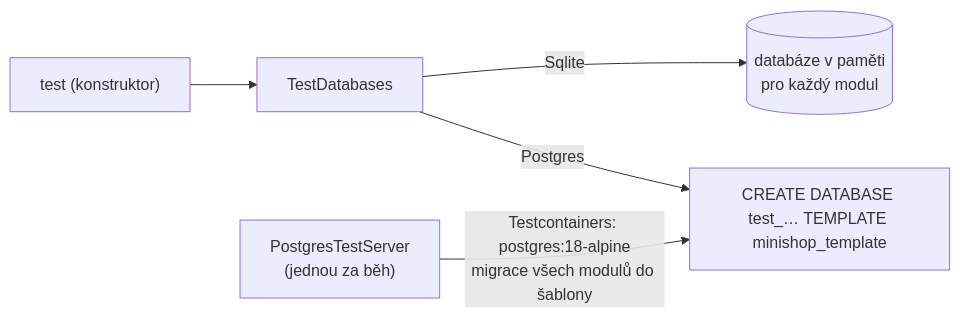
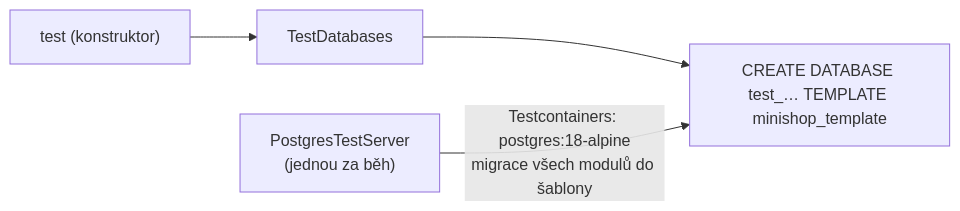
Before and after one commit to ftichy/MiniShop: the second of 2 diagrams in docs/prirucka/architektura/databaze.md, drawn with Mermaid. The commit also changed other lines of this file and 248 other files, not shown here.

````diff
--- a/docs/prirucka/architektura/databaze.md
+++ b/docs/prirucka/architektura/databaze.md
@@ -150,7 +93,6 @@
 ```mermaid
 flowchart LR
     t["test (konstruktor)"] --> td["TestDatabases"]
-    td -->|Sqlite| m[("databáze v paměti<br/>pro každý modul")]
-    td -->|Postgres| c["CREATE DATABASE test_… TEMPLATE minishop_template"]
+    td --> c["CREATE DATABASE test_… TEMPLATE minishop_template"]
     s["PostgresTestServer<br/>(jednou za běh)"] -->|"Testcontainers: postgres:18-alpine<br/>migrace všech modulů do šablony"| c
 ```
````
